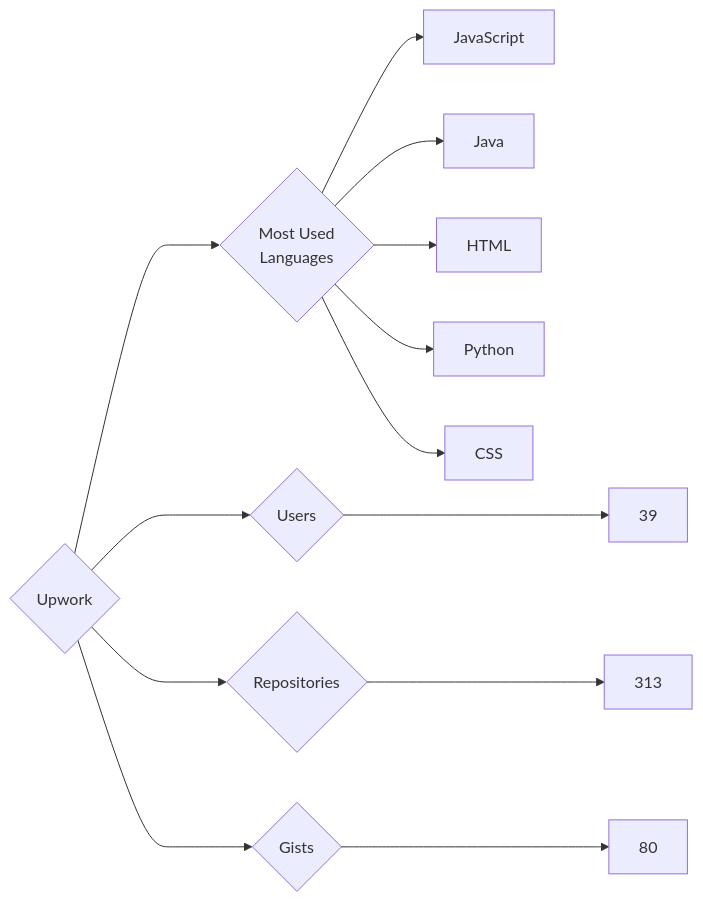
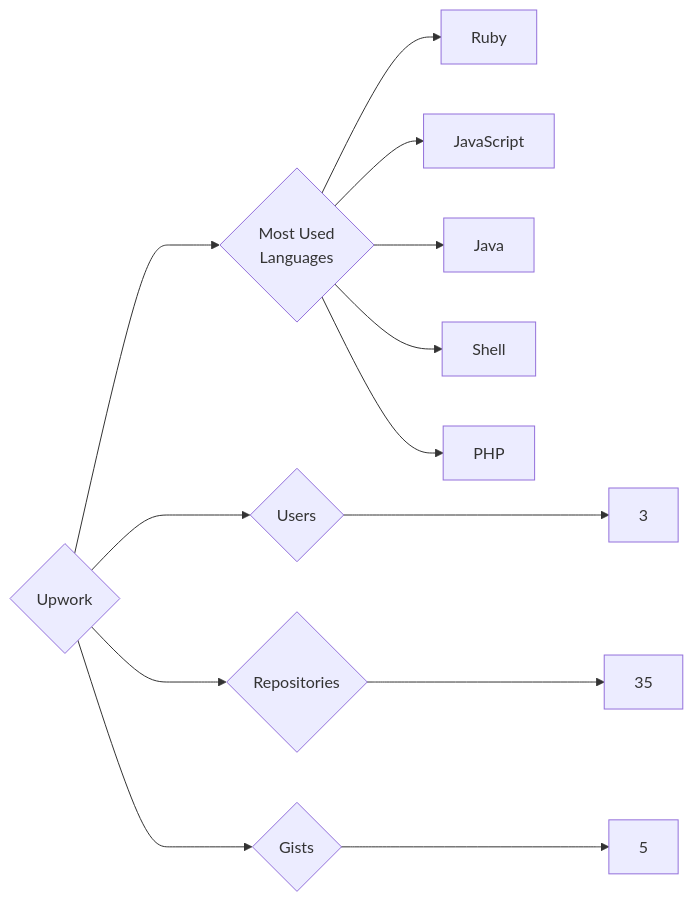
The diagram in targets/Upwork/README.md (trickest/insiders), drawn with Mermaid before and after one commit. The commit also changed 964 other files, not shown here.

````diff
--- a/targets/Upwork/README.md
+++ b/targets/Upwork/README.md
@@ -3,13 +3,13 @@
 ```mermaid
 graph LR
 COMPANY_NAME{Upwork}
-COMPANY_NAME ---> U{Users} ---> UN[39]
-COMPANY_NAME ---> R{Repositories} ---> RN[313]
-COMPANY_NAME ---> G{Gists} ---> GN[80]
+COMPANY_NAME ---> U{Users} ---> UN[3]
+COMPANY_NAME ---> R{Repositories} ---> RN[35]
+COMPANY_NAME ---> G{Gists} ---> GN[5]
 COMPANY_NAME ---> ML{Most Used<br>Languages}
+ML --> Ruby[Ruby]
 ML --> JavaScript[JavaScript]
 ML --> Java[Java]
-ML --> HTML[HTML]
-ML --> Python[Python]
-ML --> CSS[CSS]
+ML --> Shell[Shell]
+ML --> PHP[PHP]
 ```
````
